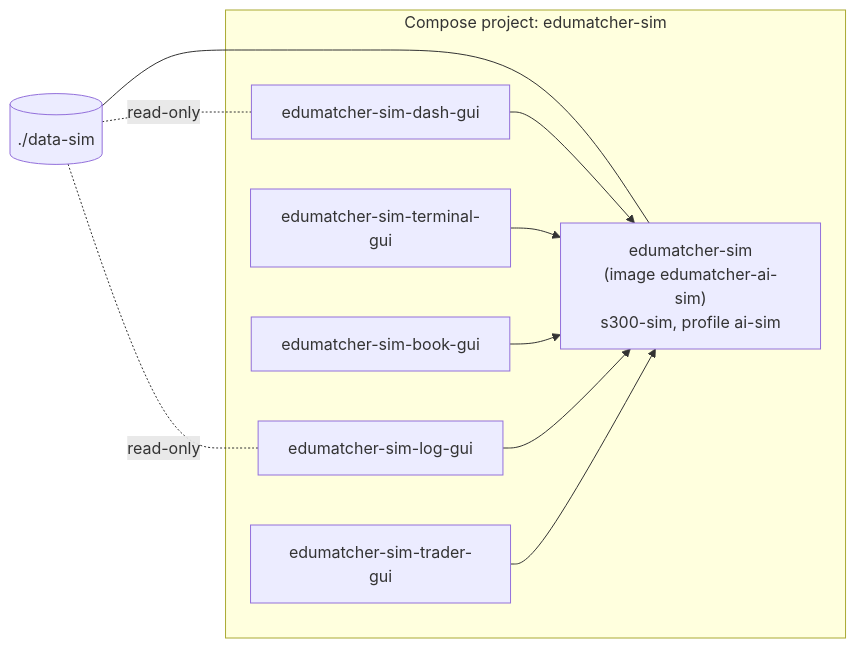
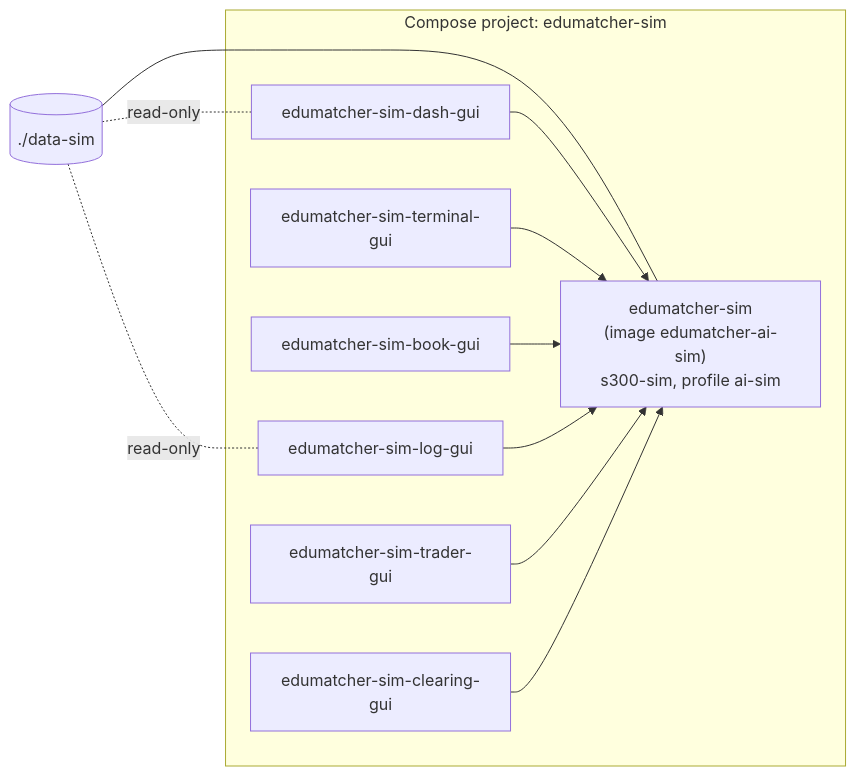
Before and after one commit to johan162/EduMatcher: diagram 11 of 16 in docs/books/operator-guide/part-1-install-and-deploy/030-container-deployment-walkthrough.md, drawn with Mermaid. The commit also changed other lines of this file and 60 other files, not shown here.

````diff
--- a/docs/books/operator-guide/part-1-install-and-deploy/030-container-deployment-walkthrough.md
+++ b/docs/books/operator-guide/part-1-install-and-deploy/030-container-deployment-walkthrough.md
@@ -614,19 +619,21 @@
 ```mermaid
 flowchart LR
     subgraph sim["Compose project: edumatcher-sim"]
         E["edumatcher-sim\n(image edumatcher-ai-sim)\ns300-sim, profile ai-sim"]
         T["edumatcher-sim-terminal-gui"]
         B["edumatcher-sim-book-gui"]
         DG["edumatcher-sim-dash-gui"]
         L["edumatcher-sim-log-gui"]
         TR["edumatcher-sim-trader-gui"]
+        CL["edumatcher-sim-clearing-gui"]
     end
     D[("./data-sim")] --- E
     D -. "read-only" .- L
     D -. "read-only" .- DG
     DG --> E
     T --> E
     B --> E
     L --> E
     TR --> E
+    CL --> E
 ```
````
